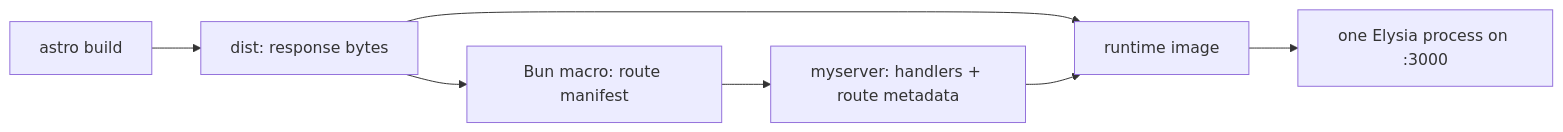
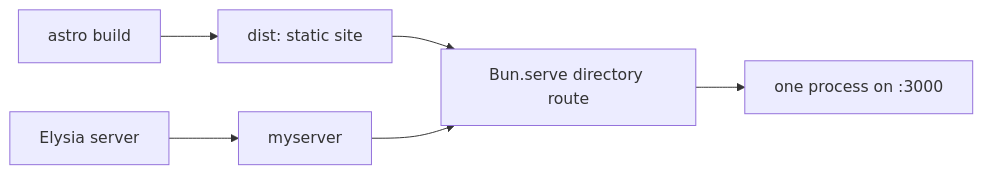
One commit to ErickCReis/ErickCReis changed the diagram in web/content/blog/shipping-astro-from-a-bun-server.mdx. Above: the diagram before and after it, drawn with Mermaid. The commit also changed other lines of this file and 8 other files, not shown here.

First line of the commit message:
Upgrade Bun and refresh server asset handling

````diff
--- a/web/content/blog/shipping-astro-from-a-bun-server.mdx
+++ b/web/content/blog/shipping-astro-from-a-bun-server.mdx
@@ -10,9 +10,8 @@
 ```mermaid center
 flowchart LR
-  Astro["astro build"] --> Dist["dist: response bytes"]
-  Dist --> Macro["Bun macro: route manifest"]
-  Macro --> Binary["myserver: handlers + route metadata"]
-  Dist --> Image["runtime image"]
-  Binary --> Image
-  Image --> Elysia["one Elysia process on :3000"]
+  Astro["astro build"] --> Dist["dist: static site"]
+  Server["Elysia server"] --> Binary["myserver"]
+  Dist --> Directory["Bun.serve directory route"]
+  Binary --> Directory
+  Directory --> Process["one process on :3000"]
 ```
````
